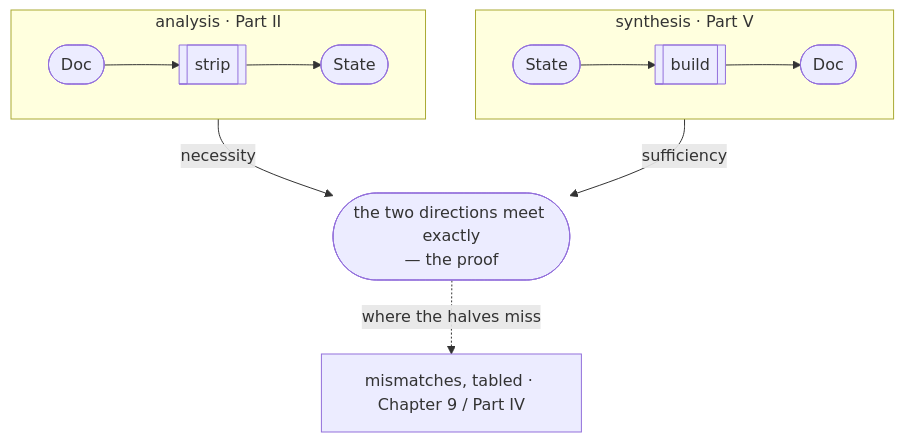
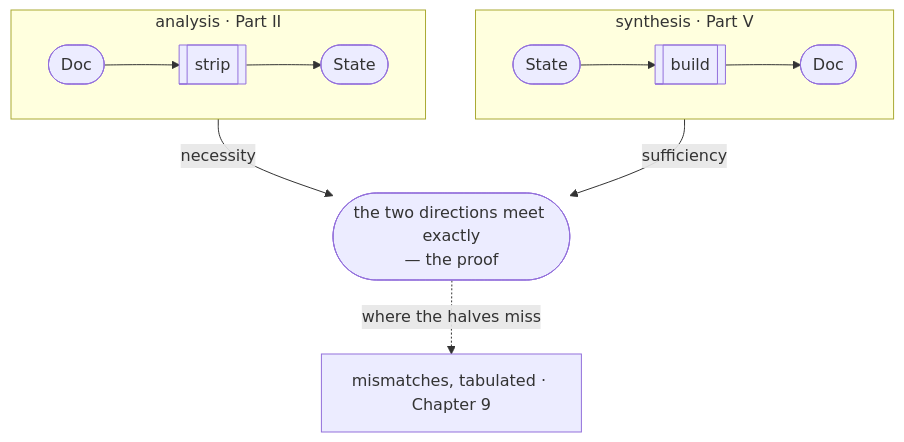
The first of 11 diagrams in first-principles-of-the-web.md (AtomGraph/First-Principles-of-the-Web), drawn with Mermaid before and after one commit. The commit also changed other lines of this file, not shown here.

````diff
--- a/first-principles-of-the-web.md
+++ b/first-principles-of-the-web.md
@@ -111,14 +111,14 @@
 ```mermaid
 flowchart TB
     subgraph AN ["analysis · Part II"]
         direction LR
         Doc1(["Doc"]) --> strip[["strip"]] --> St1(["State"])
     end
     subgraph SY ["synthesis · Part V"]
         direction LR
         St2(["State"]) --> build[["build"]] --> Doc2(["Doc"])
     end
     AN -- "necessity" --> P(["the two directions meet exactly<br/>— the proof"])
     SY -- "sufficiency" --> P
-    P -. "where the halves miss" .-> M["mismatches, tabled · Chapter 9 / Part IV"]
+    P -. "where the halves miss" .-> M["mismatches, tabulated · Chapter 9"]
 ```
````
